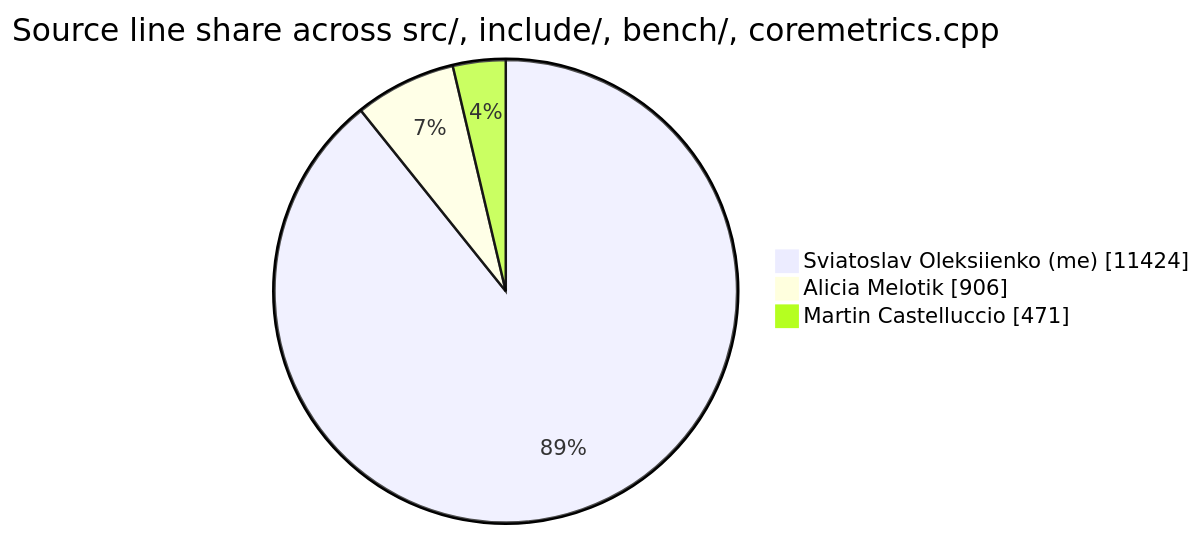
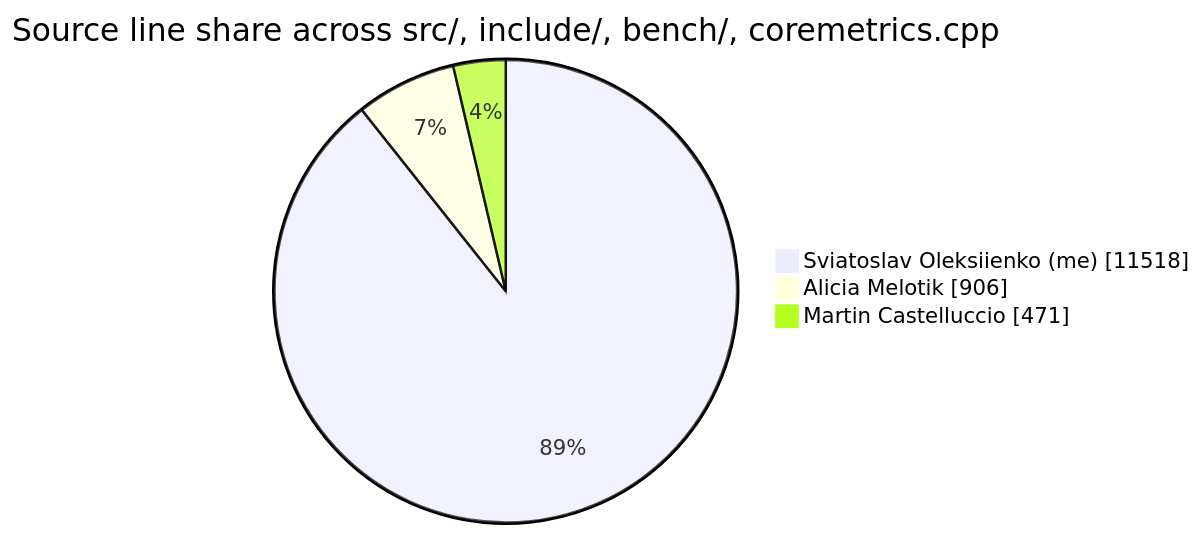
The diagram in .github/badges/contributions.md (sviatil0/coremetrics), drawn with Mermaid before and after one commit. The commit also changed other lines of this file and 2 other files, not shown here.

````diff
--- a/.github/badges/contributions.md
+++ b/.github/badges/contributions.md
@@ -11,7 +11,7 @@
 ```mermaid
 pie showData
     title Source line share across src/, include/, bench/, coremetrics.cpp
-    "Sviatoslav Oleksiienko (me)" : 11424
+    "Sviatoslav Oleksiienko (me)" : 11518
     "Alicia Melotik" : 906
     "Martin Castelluccio" : 471
 ```
````
